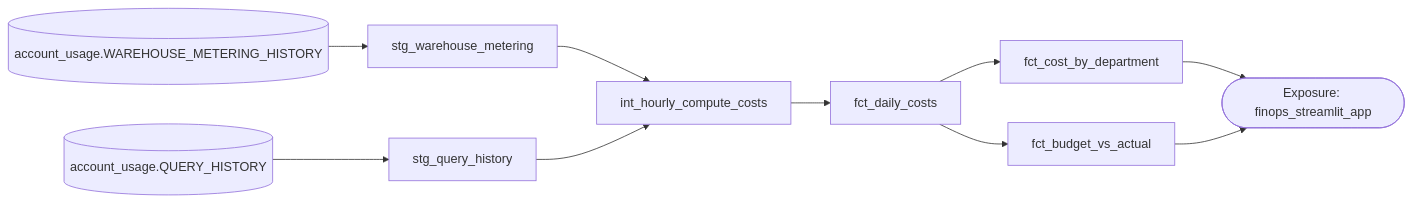
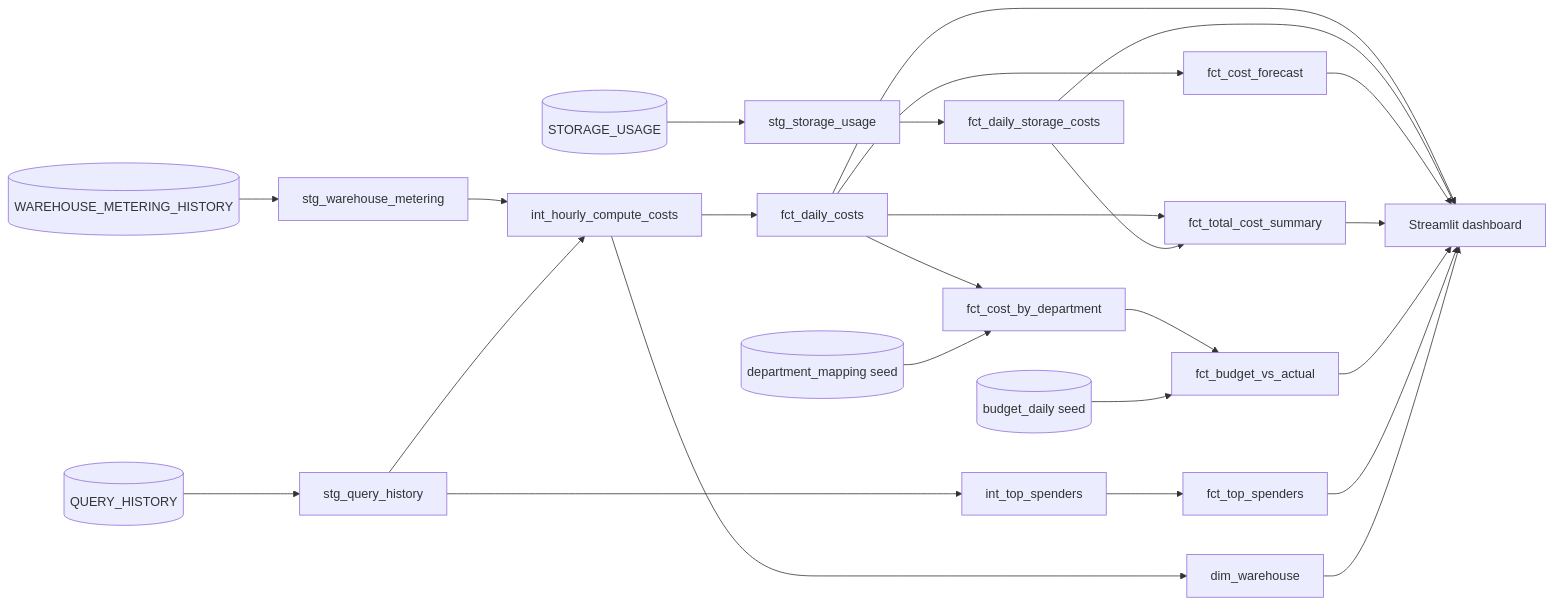
One commit to mcgrath-dylan/finops-dbt changed the diagram in README.md. Above: the diagram before and after it, drawn with Mermaid. The commit also changed other lines of this file and 29 other files, not shown here.

````diff
--- a/README.md
+++ b/README.md
@@ -96,20 +98,35 @@
 ```mermaid
 flowchart LR
-  W[(account_usage.WAREHOUSE_METERING_HISTORY)]
-  Q[(account_usage.QUERY_HISTORY)]
-  STG1[stg_warehouse_metering]
-  STG2[stg_query_history]
-  INT[int_hourly_compute_costs]
-  FCT[fct_daily_costs]
-  BYDEP[fct_cost_by_department]
-  BUD[fct_budget_vs_actual]
-  EXP([Exposure: finops_streamlit_app])
+  WMH[(WAREHOUSE_METERING_HISTORY)]
+  QH[(QUERY_HISTORY)]
+  SU[(STORAGE_USAGE)]
+  BUD[(budget_daily seed)]
+  MAP[(department_mapping seed)]
 
-  W --> STG1 --> INT
-  Q --> STG2 --> INT
-  INT --> FCT
-  FCT --> BYDEP
-  FCT --> BUD
-  BYDEP --> EXP
-  BUD --> EXP
+  WMH --> SWM[stg_warehouse_metering]
+  QH --> SQH[stg_query_history]
+  SU --> SSU[stg_storage_usage]
+
+  SWM --> IHC[int_hourly_compute_costs]
+  SQH --> IHC
+  IHC --> FDC[fct_daily_costs]
+  SSU --> FDS[fct_daily_storage_costs]
+  FDC --> FCF[fct_cost_forecast]
+  FDC --> FCD[fct_cost_by_department]
+  MAP --> FCD
+  FCD --> FBV[fct_budget_vs_actual]
+  BUD --> FBV
+  FDC --> FTS[fct_total_cost_summary]
+  FDS --> FTS
+  SQH --> ITS[int_top_spenders]
+  ITS --> FTOP[fct_top_spenders]
+
+  FDC --> APP[Streamlit dashboard]
+  FDS --> APP
+  FCF --> APP
+  FTS --> APP
+  FBV --> APP
+  FTOP --> APP
+  IHC --> DW[dim_warehouse]
+  DW --> APP
 ```
````
